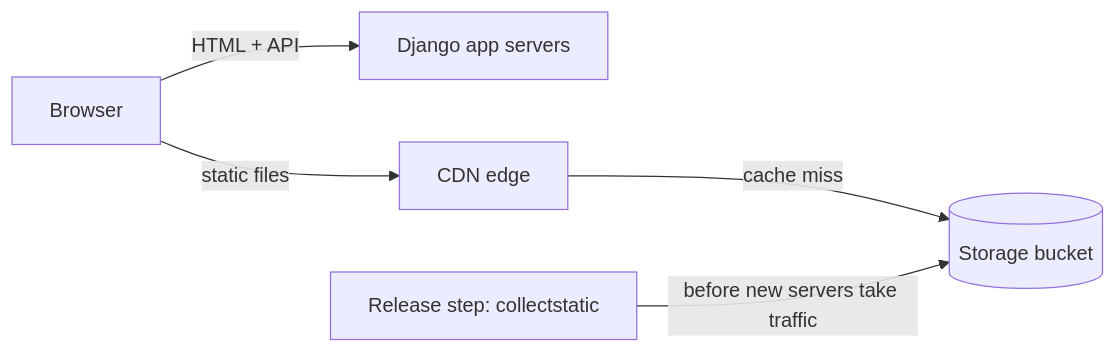
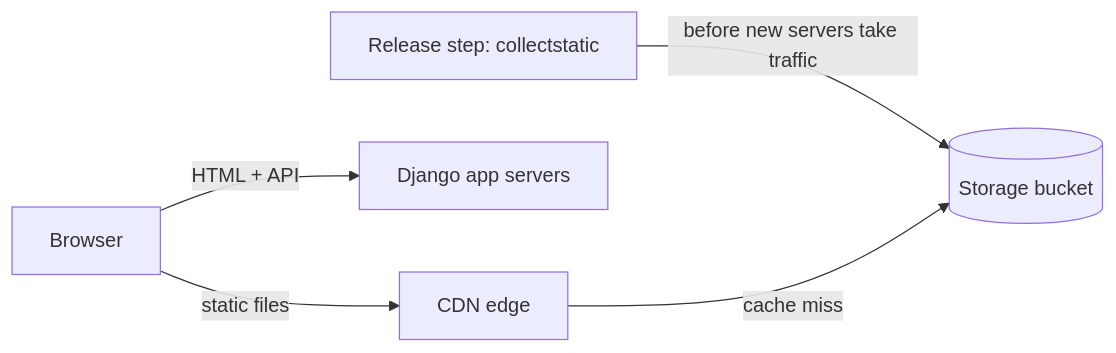
Before and after one commit to johnnymetz/johnny-metz-blog: the second of 2 diagrams in content/posts/prevent-rolling-deploys-breaking-django-frontend.md, drawn with Mermaid. The commit also changed other lines of this file, not shown here.

Commit message:
Tighten static CDN post intro, Django section, and CloudFront bullets

````diff
--- a/content/posts/prevent-rolling-deploys-breaking-django-frontend.md
+++ b/content/posts/prevent-rolling-deploys-breaking-django-frontend.md
@@ -69,7 +69,7 @@
 ```mermaid
 flowchart LR
+  Release[Release step: collectstatic] -->|before new servers take traffic| Bucket[(Storage bucket)]
   Browser -->|HTML + API| App[Django app servers]
   Browser -->|static files| CDN[CDN edge]
-  CDN -->|cache miss| Bucket[(Storage bucket)]
-  Release[Release step: collectstatic] -->|before new servers take traffic| Bucket
+  CDN -->|cache miss| Bucket
 ```
````
